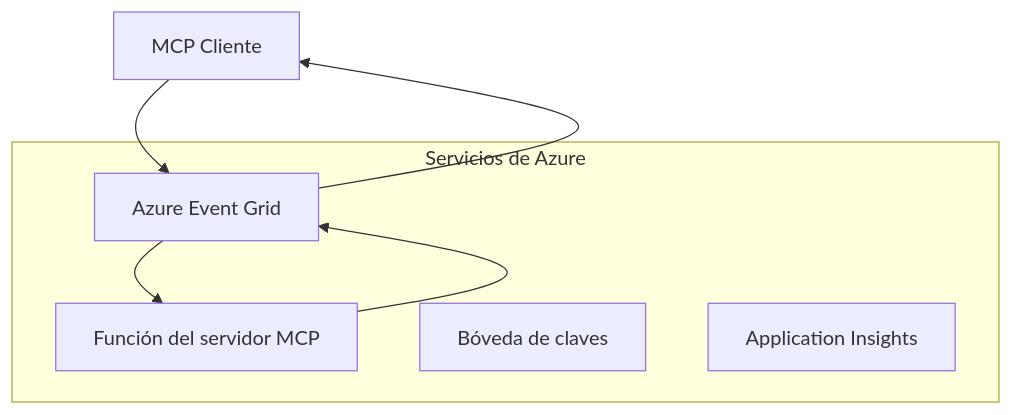
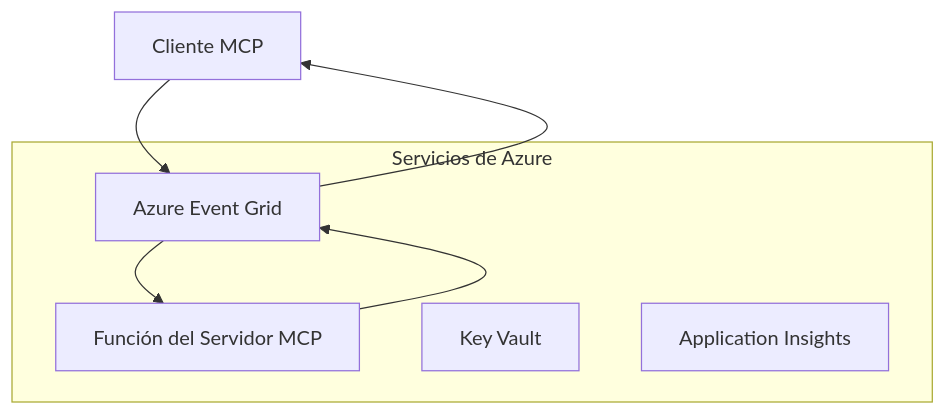
One commit to HIDORAKAI002/ai-workspace-archive changed the first of 2 diagrams in mcp_ecosystem__model_context_protocol/mcp_learning_resources/mcp-for-beginners/translations/es/05-AdvancedTopics/mcp-transport/README.md. Above: the diagram before and after it, drawn with Mermaid. The commit also changed other lines of this file and 1046 other files, not shown here.

````diff
--- a/mcp_ecosystem__model_context_protocol/mcp_learning_resources/mcp-for-beginners/translations/es/05-AdvancedTopics/mcp-transport/README.md
+++ b/mcp_ecosystem__model_context_protocol/mcp_learning_resources/mcp-for-beginners/translations/es/05-AdvancedTopics/mcp-transport/README.md
@@ -58,14 +60,14 @@
 ```mermaid
 graph TB
-    Client[MCP Cliente] --> EG[Azure Event Grid]
-    EG --> Server[Función del servidor MCP]
+    Client[Cliente MCP] --> EG[Azure Event Grid]
+    EG --> Server[Función del Servidor MCP]
     Server --> EG
     EG --> Client
     
     subgraph "Servicios de Azure"
         EG
         Server
-        KV[Bóveda de claves]
+        KV[Key Vault]
         Monitor[Application Insights]
     end
 ```
````
